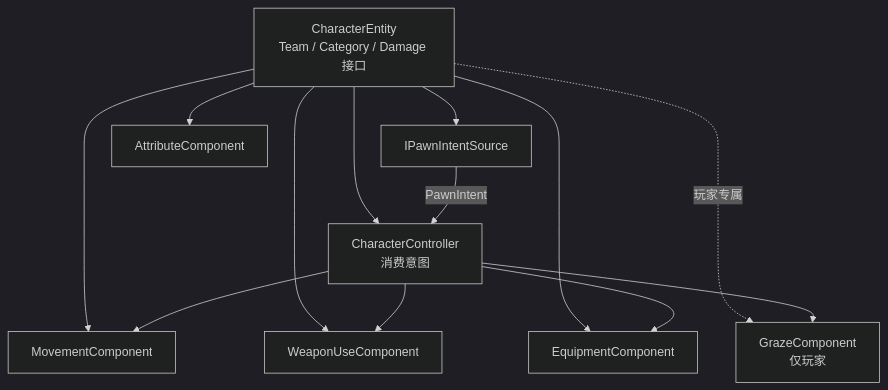
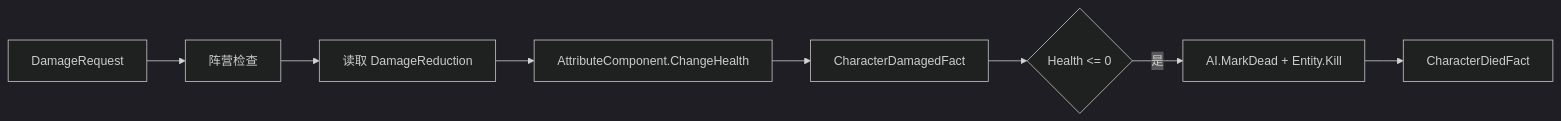
One commit to stttttttt/GrazeShotDemo changed the fourth of 6 diagrams in Assets/Scripts/ShotGame/Docs/02_GameplayWorld与Entity框架清单.md. Above: the diagram before and after it, drawn with Mermaid (dark theme). The commit also changed other lines of this file and 77 other files, not shown here.

````diff
--- a/Assets/Scripts/ShotGame/Docs/02_GameplayWorld与Entity框架清单.md
+++ b/Assets/Scripts/ShotGame/Docs/02_GameplayWorld与Entity框架清单.md
@@ -293,24 +401,14 @@
 ```mermaid
-flowchart TD
-    CHARACTER[CharacterEntity<br/>Team / Category / Damage 接口]
-    CONTROLLER[CharacterController<br/>消费意图]
-    INTENT[IPawnIntentSource]
-    MOVE[MovementComponent]
-    WEAPON[WeaponUseComponent]
-    EQUIP[EquipmentComponent]
-    ATTR[AttributeComponent]
-    GRAZE[GrazeComponent<br/>仅玩家]
+flowchart LR
+    REQUEST[DamageRequest]
+    TEAM[阵营检查]
+    REDUCTION[读取 DamageReduction]
+    HEALTH[AttributeComponent.ChangeHealth]
+    DAMAGED[CharacterDamagedFact]
+    DEAD{Health <= 0}
+    KILL[AI.MarkDead + Entity.Kill]
+    FACT[CharacterDiedFact]
 
-    CHARACTER --> CONTROLLER
-    CHARACTER --> INTENT
-    CHARACTER --> MOVE
-    CHARACTER --> WEAPON
-    CHARACTER --> EQUIP
-    CHARACTER --> ATTR
-    CHARACTER -. 玩家专属 .-> GRAZE
-    INTENT -->|PawnIntent| CONTROLLER
-    CONTROLLER --> MOVE
-    CONTROLLER --> WEAPON
-    CONTROLLER --> EQUIP
-    CONTROLLER --> GRAZE
+    REQUEST --> TEAM --> REDUCTION --> HEALTH --> DAMAGED --> DEAD
+    DEAD -->|是| KILL --> FACT
 ```
````
